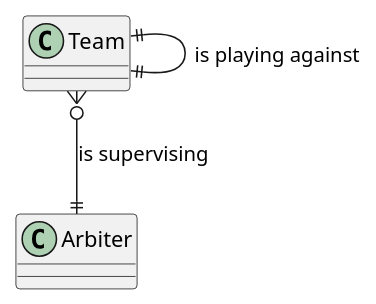
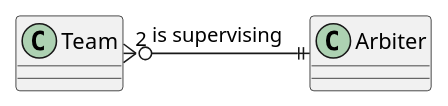
One commit to consoleaf/BD_B2019_PING_6 changed the third of 5 diagrams in Practice 2/Yakshibaev/README.org. Above: the diagram before and after it, drawn with PlantUML. The commit also changed other lines of this file and 6 other files, not shown here.

```diff
--- a/Practice 2/Yakshibaev/README.org
+++ b/Practice 2/Yakshibaev/README.org
@@ -107,4 +109,3 @@
-#+begin_src plantuml :file img/2_2.png :exports both
-Team ||--|| Team: is playing against
-Team }o--|| Arbiter: is supervising
+#+begin_src plantuml :file img/2_2.png :exports both :cache yes
+Team "2" }o-Right-|| Arbiter: is supervising
 #+end_src
```
